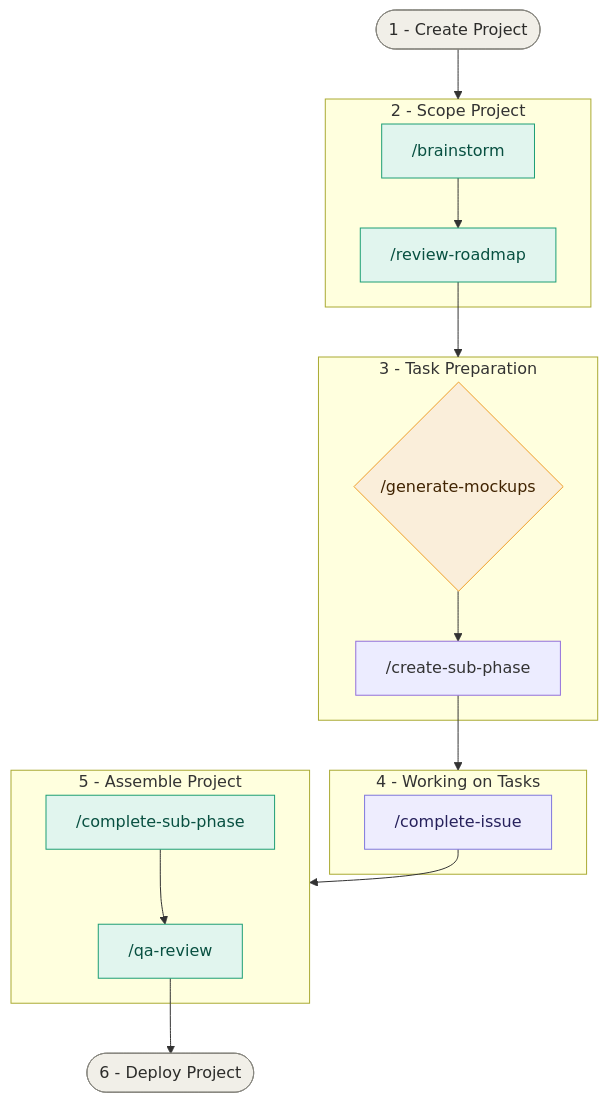
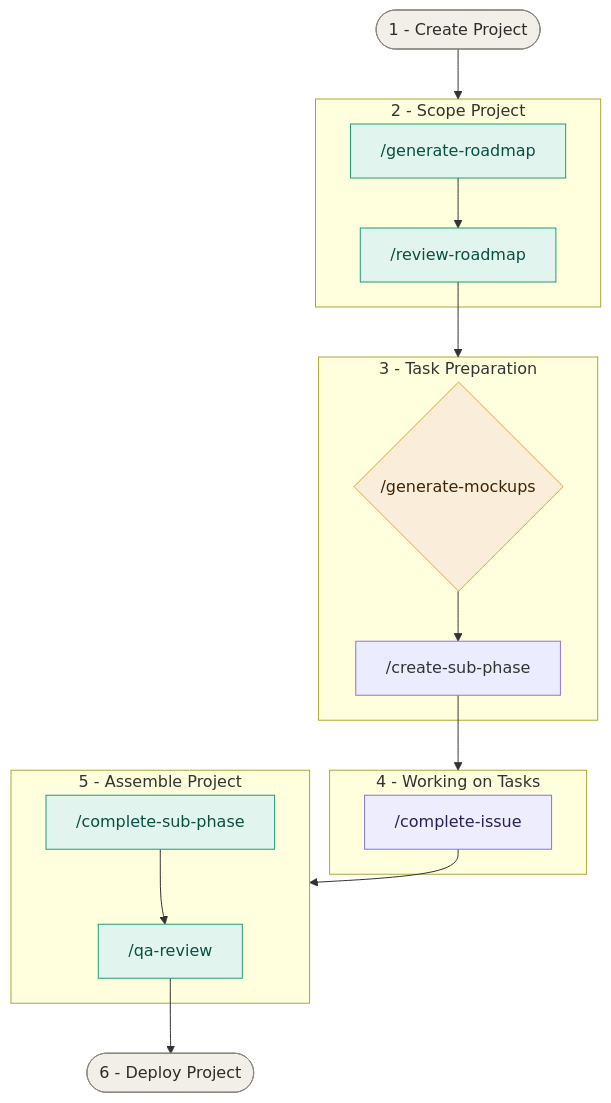
The diagram in docs/guides/development-workflow.md (kheise-91/lottery-codex), drawn with Mermaid before and after one commit. The commit also changed other lines of this file and 20 other files, not shown here.

````diff
--- a/docs/guides/development-workflow.md
+++ b/docs/guides/development-workflow.md
@@ -65,43 +65,43 @@
 ```mermaid
 flowchart TD
     Start([1 - Create Project])
     End([6 - Deploy Project])
 
     subgraph SCOPE_PROJECT["2 - Scope Project"]
-        S1["/brainstorm"]
+        S1["/generate-roadmap"]
         S2["/review-roadmap"]
     end
 
     subgraph SCOPE_TASKS["3 - Task Preparation"]
         C1{"/generate-mockups"}
         TC1["/create-sub-phase"]
     end
 
     subgraph DEVELOPMENT["4 - Working on Tasks"]
         D1["/complete-issue"]
     end
 
     subgraph ASSEMBLE["5 - Assemble Project"]
         QA["/qa-review"]
         CS["/complete-sub-phase"]
     end
 
     Start --> SCOPE_PROJECT
     S1 --> S2
     S2 --> SCOPE_TASKS
     C1 --> TC1
     TC1 --> DEVELOPMENT
     D1 --> ASSEMBLE
     CS --> QA
     QA --> End
 
     classDef sequential fill:#E1F5EE,stroke:#1D9E75,color:#085041
     classDef choice fill:#EEEDFE,stroke:#7F77DD,color:#26215C
     classDef decision fill:#FAEEDA,stroke:#EF9F27,color:#412402
     classDef terminal fill:#F1EFE8,stroke:#888780,color:#2C2C2A
 
     class S1,S2,QA,CS sequential
     class D1 choice
     class C1 decision
     class Start,End terminal
 ```
````
